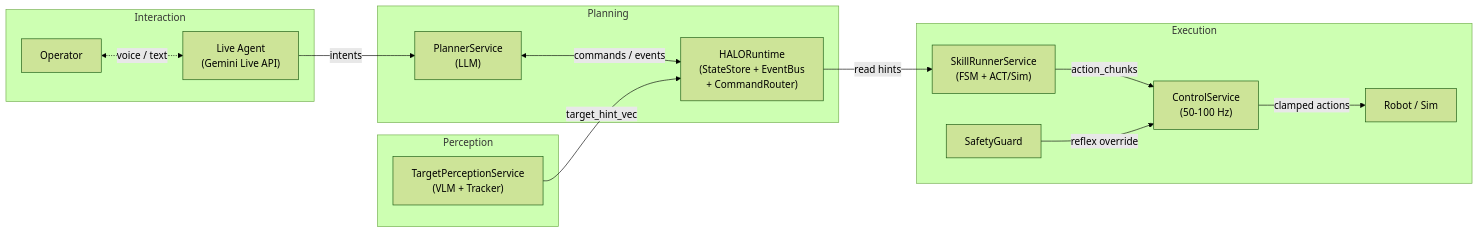
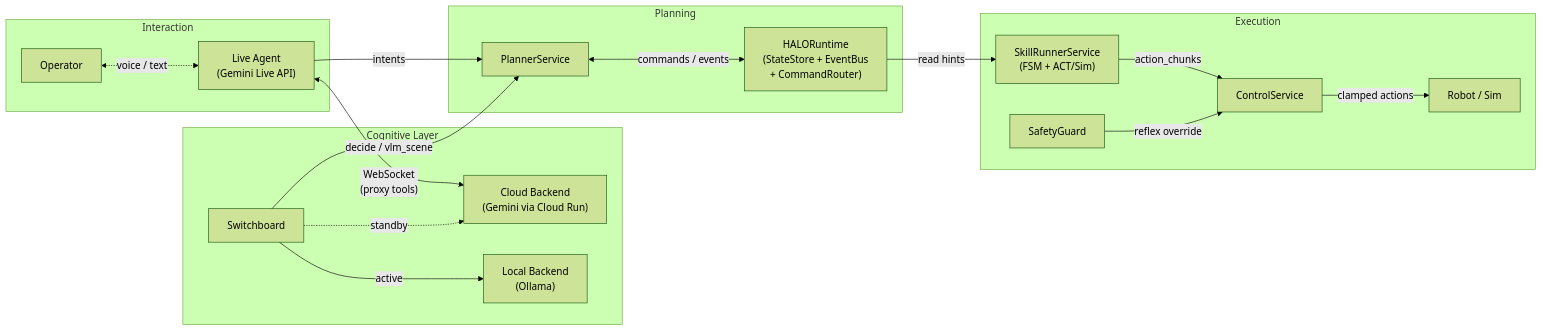
The diagram in README.md (andrei-ace/HALO), drawn with Mermaid (forest theme) before and after one commit. The commit also changed other lines of this file and 2 other files, not shown here.

Commit message:
docs: reorder architecture sections operator→hardware, fix tui-live-cloud Makefile target
Reorder docs/halo_architecture.md sections from operator-facing to hardware-facing:
Live Agent → Cognitive Backend → Dataflows → Skills/FSM → Perception → Safety → MuJoCo Sim.

Update system overview diagram in README.md with cloud/local backends and Switchboard.

Fix tui-live-cloud Makefile target to pull HALO_CLOUD_URL and SA_EMAIL from
terraform outputs instead of defaulting to localhost:8080.

````diff
--- a/README.md
+++ b/README.md
@@ -25,22 +25,25 @@
 ```mermaid
 graph LR
     subgraph Interaction
         Op["Operator"] <-.->|voice / text| LA["Live Agent<br/>(Gemini Live API)"]
     end
 
-    subgraph Planning
-        LA -->|intents| PS["PlannerService<br/>(LLM)"]
-        PS <-->|commands / events| RT["HALORuntime<br/>(StateStore + EventBus<br/>+ CommandRouter)"]
+    subgraph Cognitive["Cognitive Layer"]
+        LA <-->|"WebSocket<br/>(proxy tools)"| CLOUD["Cloud Backend<br/>(Gemini via Cloud Run)"]
+        SB["Switchboard"] -->|active| LOCAL["Local Backend<br/>(Ollama)"]
+        SB -.->|standby| CLOUD
     end
 
-    subgraph Perception
-        TPS["TargetPerceptionService<br/>(VLM + Tracker)"] -->|target_hint_vec| RT
+    subgraph Planning
+        SB -->|"decide / vlm_scene"| PS["PlannerService"]
+        LA -->|intents| PS
+        PS <-->|commands / events| RT["HALORuntime<br/>(StateStore + EventBus<br/>+ CommandRouter)"]
     end
 
     subgraph Execution
         RT -->|read hints| SRS["SkillRunnerService<br/>(FSM + ACT/Sim)"]
-        SRS -->|action_chunks| CS["ControlService<br/>(50-100 Hz)"]
+        SRS -->|action_chunks| CS["ControlService"]
         SG["SafetyGuard"] -->|reflex override| CS
         CS -->|clamped actions| Robot["Robot / Sim"]
     end
 ```
````
